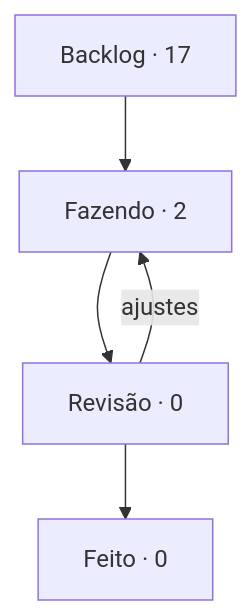
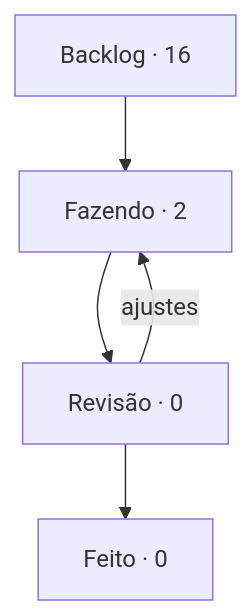
One commit to StudioVibi/VibiKanban changed the diagram in boards/dungeon-bend/BOARD.md. Above: the diagram before and after it, drawn with Mermaid. The commit also changed other lines of this file and 2 other files, not shown here.

````diff
--- a/boards/dungeon-bend/BOARD.md
+++ b/boards/dungeon-bend/BOARD.md
@@ -5,10 +5,10 @@
 ```mermaid
 flowchart TD
-  backlog["Backlog · 17"] --> doing["Fazendo · 2"]
+  backlog["Backlog · 16"] --> doing["Fazendo · 2"]
   doing --> review["Revisão · 0"]
   review --> done["Feito · 0"]
   review -->|ajustes| doing
   doing:::blue
   review:::yellow
   done:::green
 ```
````
